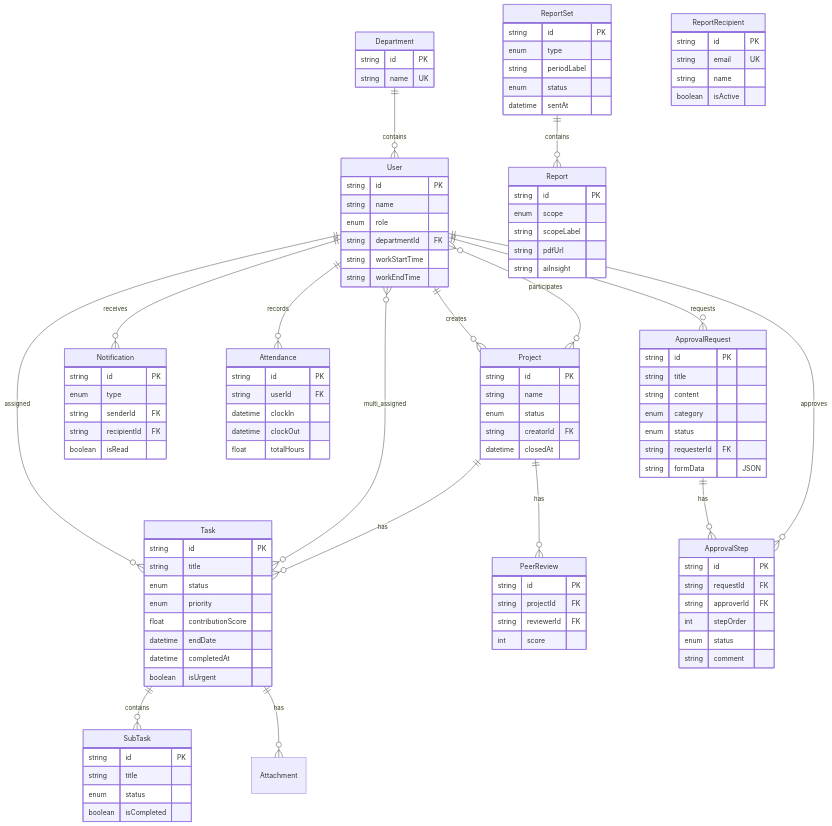
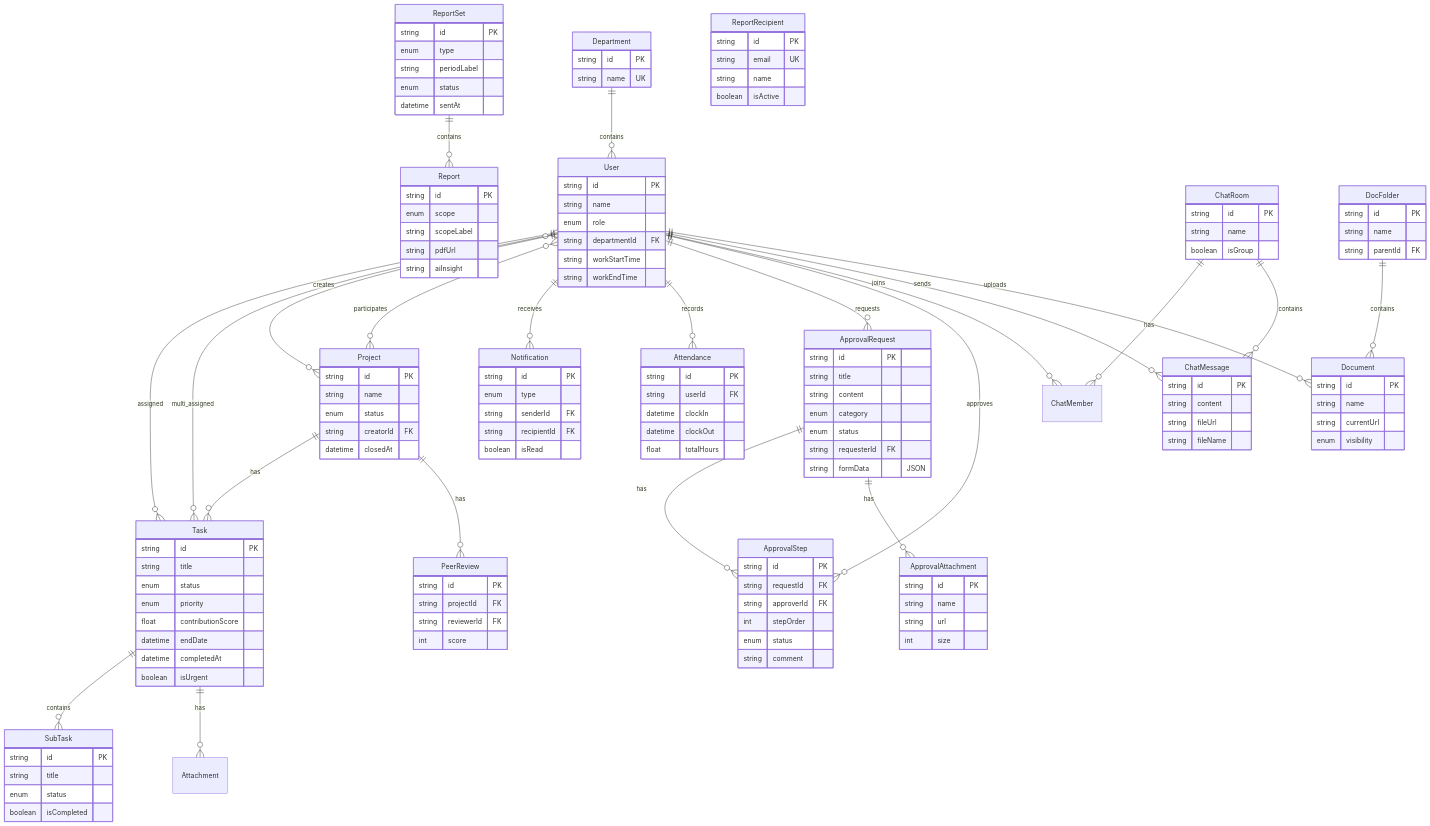
One commit to yang960920/KeeperCalendar changed the diagram in README.md. Above: the diagram before and after it, drawn with Mermaid. The commit also changed other lines of this file and 1 other file, not shown here.

````diff
--- a/README.md
+++ b/README.md
@@ -472,5 +506,41 @@
     }
     User ||--o{ ApprovalRequest : requests
     ApprovalRequest ||--o{ ApprovalStep : has
+    ApprovalRequest ||--o{ ApprovalAttachment : has
     User ||--o{ ApprovalStep : approves
+    User ||--o{ ChatMember : joins
+    ChatRoom ||--o{ ChatMember : has
+    ChatRoom ||--o{ ChatMessage : contains
+    User ||--o{ ChatMessage : sends
+    User ||--o{ Document : uploads
+    DocFolder ||--o{ Document : contains
+
+    ChatRoom {
+        string id PK
+        string name
+        boolean isGroup
+    }
+    ChatMessage {
+        string id PK
+        string content
+        string fileUrl
+        string fileName
+    }
+    ApprovalAttachment {
+        string id PK
+        string name
+        string url
+        int size
+    }
+    DocFolder {
+        string id PK
+        string name
+        string parentId FK
+    }
+    Document {
+        string id PK
+        string name
+        string currentUrl
+        enum visibility
+    }
 ```
````
